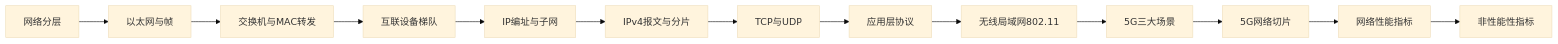
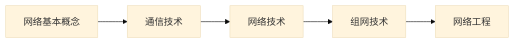
Before and after one commit to 74262195/system-architect-notes: the first of 2 diagrams in 01_综合知识/01_计算机基础知识/03_计算机网络/计算机网络索引.md, drawn with Mermaid (base theme). The commit also changed other lines of this file, not shown here.

````diff
--- a/01_综合知识/01_计算机基础知识/03_计算机网络/计算机网络索引.md
+++ b/01_综合知识/01_计算机基础知识/03_计算机网络/计算机网络索引.md
@@ -31,15 +25,7 @@
 ```mermaid
 flowchart LR
-  A[网络分层] --> B[以太网与帧]
-  B --> C[交换机与MAC转发]
-  C --> D[互联设备梯队]
-  D --> E[IP编址与子网]
-  E --> F[IPv4报文与分片]
-  F --> G[TCP与UDP]
-  G --> H[应用层协议]
-  H --> I[无线局域网802.11]
-  I --> J[5G三大场景]
-  J --> K[5G网络切片]
-  K --> L[网络性能指标]
-  L --> M[非性能性指标]
+    A[网络基本概念] --> B[通信技术]
+    B --> C[网络技术]
+    C --> D[组网技术]
+    D --> E[网络工程]
 ```
````
